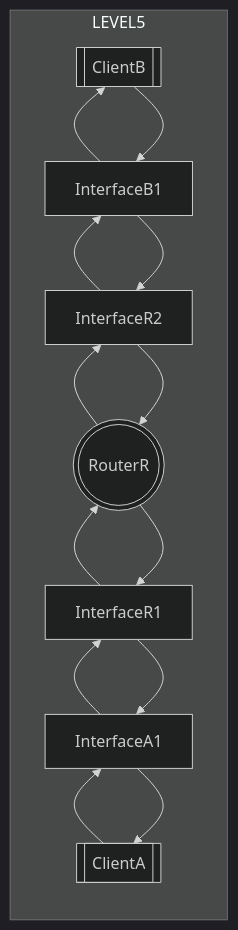
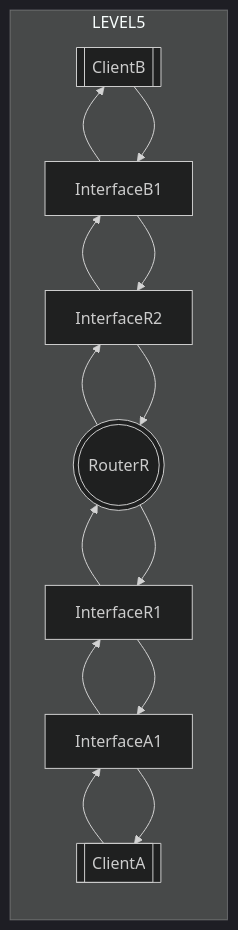
The first of 2 diagrams in level5.md (rikeda-cloud/net_practice), drawn with Mermaid before and after one commit. The commit also changed other lines of this file and 9 other files, not shown here.

````diff
--- a/level5.md
+++ b/level5.md
@@ -17,21 +17,16 @@
 ```mermaid
 %%{init:{'theme': 'dark'}}%%
-%%{init:{'flowchart': {'curve': 'natural'}}}%%
 flowchart
 subgraph LEVEL5
     direction BT
     CA[[ClientA]]
     CB[[ClientB]]
     RR(((RouterR)))
     IA[InterfaceA1]
     IB[InterfaceB1]
     IR1[InterfaceR1]
     IR2[InterfaceR2]
-    CA-->IA-->CA
-    IA-->IR1-->IA
-    IR1-->RR-->IR1
-    CB-->IB-->CB
-    IB-->IR2-->IB
-    IR2-->RR-->IR2
+    CA-->IA-->IR1-->RR-->IR2-->IB-->CB
+    CB-->IB-->IR2-->RR-->IR1-->IA-->CA
 end
 ```
````
